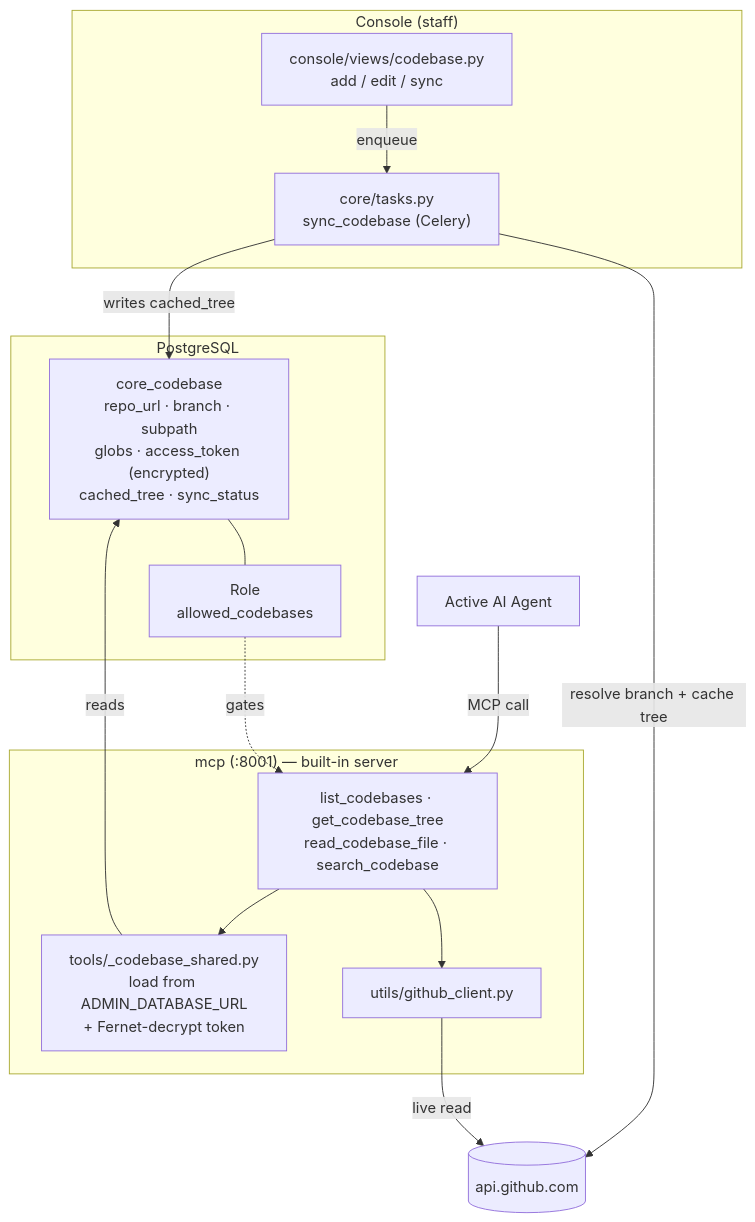
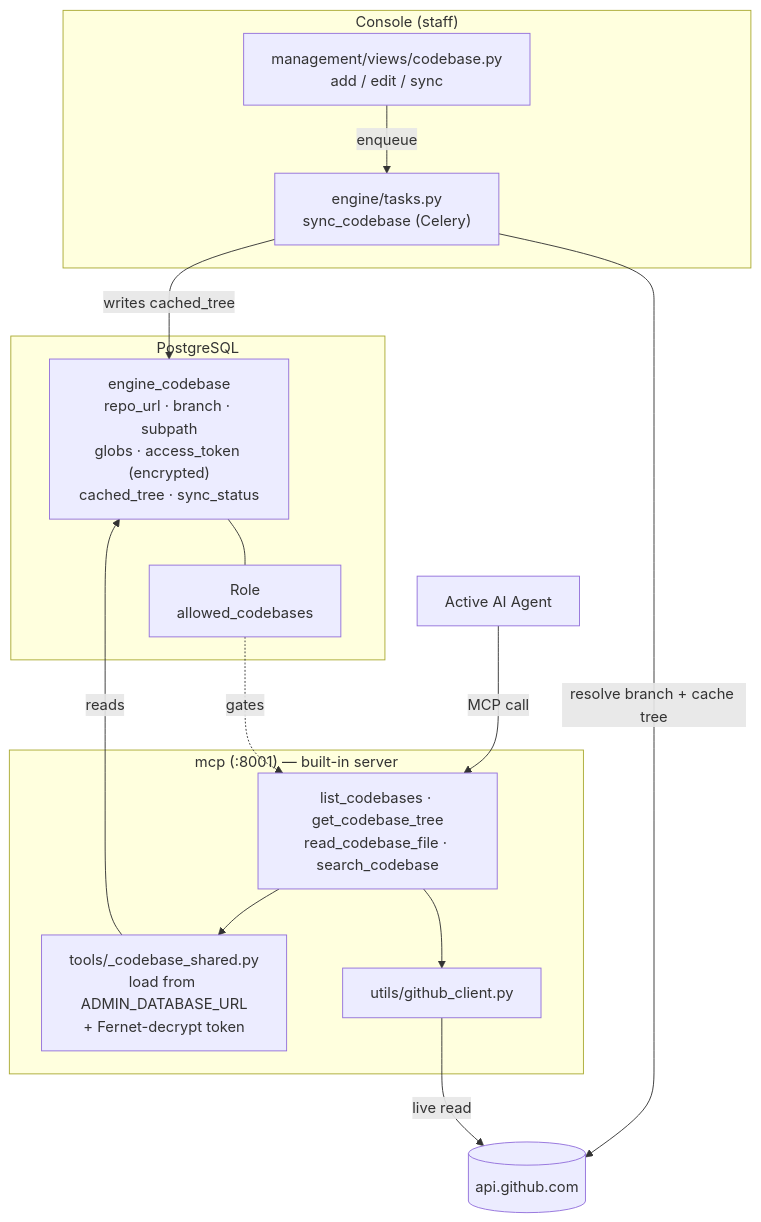
One commit to mpospirit-apps/TetherDust changed the diagram in documentations/TetherDust Documentation/2. Features/9. Codebases.md. Above: the diagram before and after it, drawn with Mermaid. The commit also changed other lines of this file and 341 other files, not shown here.

Commit message:
chore: rename Django apps (core -> engine, portal -> workspace, console -> management)

````diff
--- a/documentations/TetherDust Documentation/2. Features/9. Codebases.md
+++ b/documentations/TetherDust Documentation/2. Features/9. Codebases.md
@@ -30,32 +30,32 @@
 ```mermaid
 flowchart TD
-    subgraph console["Console (staff)"]
-        Form["console/views/codebase.py\nadd / edit / sync"]
-        SyncTask["core/tasks.py\nsync_codebase (Celery)"]
+    subgraph management["Console (staff)"]
+        Form["management/views/codebase.py\nadd / edit / sync"]
+        SyncTask["engine/tasks.py\nsync_codebase (Celery)"]
     end
 
     subgraph db["PostgreSQL"]
-        Model["core_codebase\nrepo_url · branch · subpath\nglobs · access_token (encrypted)\ncached_tree · sync_status"]
+        Model["engine_codebase\nrepo_url · branch · subpath\nglobs · access_token (encrypted)\ncached_tree · sync_status"]
         Role["Role\nallowed_codebases"]
         Model --- Role
     end
 
     subgraph mcp["mcp (:8001) — built-in server"]
         Tools["list_codebases · get_codebase_tree\nread_codebase_file · search_codebase"]
         Loader["tools/_codebase_shared.py\nload from ADMIN_DATABASE_URL\n+ Fernet-decrypt token"]
         Client["utils/github_client.py"]
     end
 
     GitHub[("api.github.com")]
     Agent["Active AI Agent"]
 
     Form -->|enqueue| SyncTask
     SyncTask -->|resolve branch + cache tree| GitHub
     SyncTask -->|writes cached_tree| Model
     Agent -->|MCP call| Tools
     Tools --> Loader
     Loader -->|reads| Model
     Tools --> Client
     Client -->|live read| GitHub
     Role -. gates .-> Tools
 ```
````
